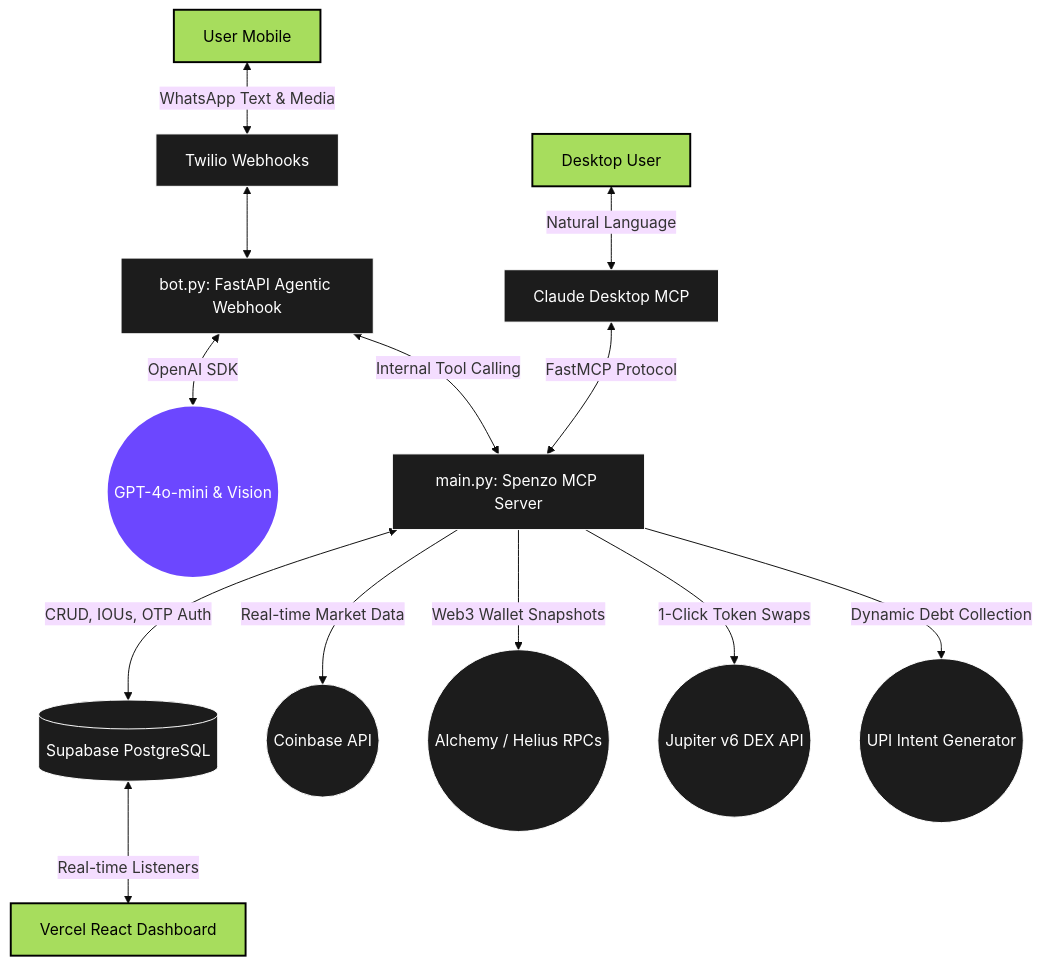
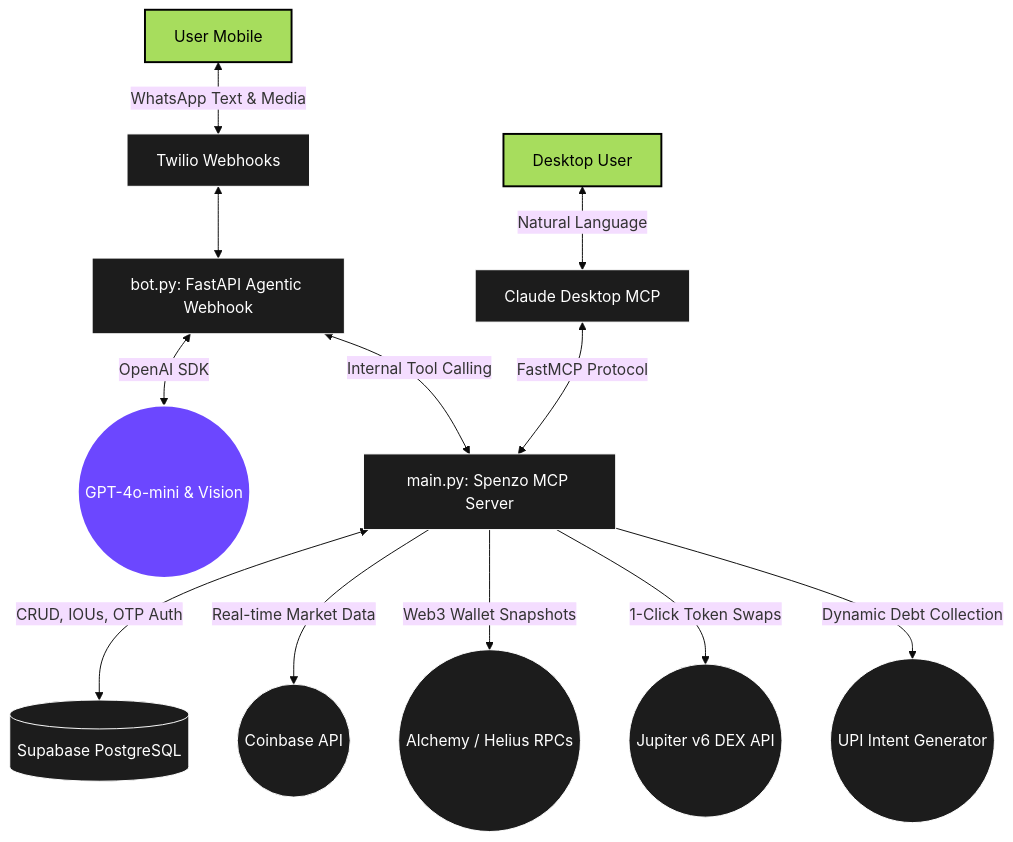
Before and after one commit to Arav-Arun/Spenzo: the diagram in README.md, drawn with Mermaid (base theme). The commit also changed other lines of this file and 13 other files, not shown here.

````diff
--- a/README.md
+++ b/README.md
@@ -33,30 +32,29 @@
 ```mermaid
 graph TD
     %% User Interfaces
     UserW[User Mobile] <-->|WhatsApp Text & Media| Twilio[Twilio Webhooks]
     UserD[Desktop User] <-->|Natural Language| Claude[Claude Desktop MCP]
 
     %% Core Infrastructure
     Twilio <--> Bot[bot.py: FastAPI Agentic Webhook]
     Bot <-->|OpenAI SDK| LLM((GPT-4o-mini & Vision))
     Claude <-->|FastMCP Protocol| Main[main.py: Spenzo MCP Server]
     Bot <-->|Internal Tool Calling| Main
 
     %% Database Layer
     Main <-->|CRUD, IOUs, OTP Auth| Supabase[(Supabase PostgreSQL)]
-    Supabase <-->|Real-time Listeners| Vercel[Vercel React Dashboard]
 
     %% External APIs (The Omni-Chain Edge)
     Main -->|Real-time Market Data| CB((Coinbase API))
     Main -->|Web3 Wallet Snapshots| Web3((Alchemy / Helius RPCs))
     Main -->|1-Click Token Swaps| DEX((Jupiter v6 DEX API))
     Main -->|Dynamic Debt Collection| Fiat((UPI Intent Generator))
 
     %% Formatting
     classDef primary fill:#a7dd5d,stroke:#000,stroke-width:2px,color:#000
     classDef secondary fill:#1c1c1c,stroke:#fff,stroke-width:1px,color:#fff
     classDef ai fill:#6c47ff,stroke:#fff,stroke-width:2px,color:#fff
-    class UserW,UserD,Vercel primary
+    class UserW,UserD primary
     class Twilio,Claude,Bot,Main,Supabase,CB,Web3,DEX,Fiat secondary
     class LLM ai
 ```
````
